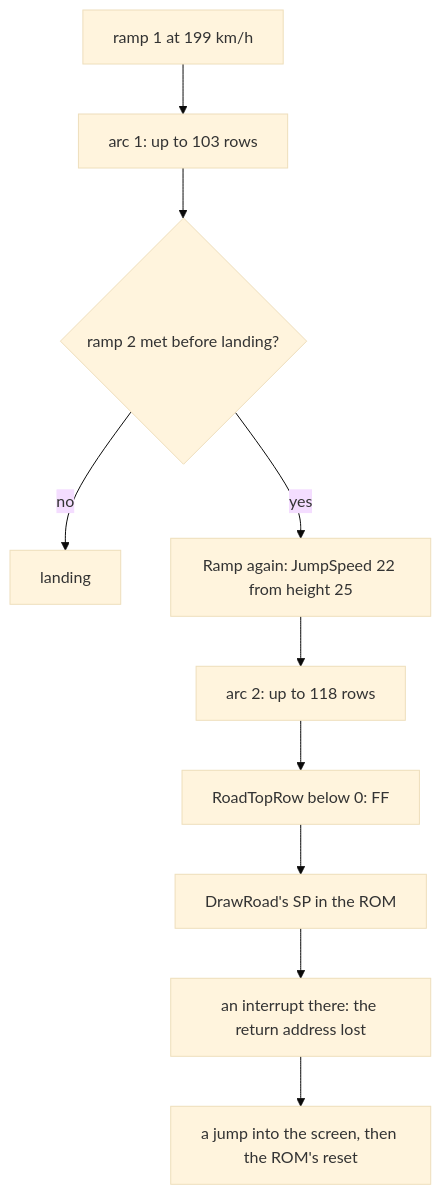
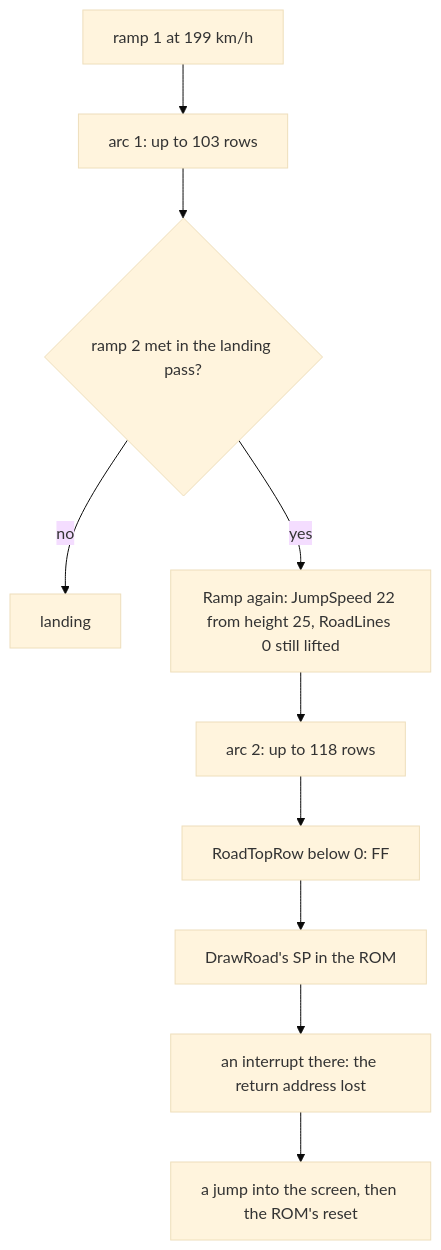
Before and after one commit to alfishe/unrealng-reverse-cases: diagram 13 of 14 in games/enduro-racer/docs/10-gameplay-logic.md, drawn with Mermaid (base theme). The commit also changed other lines of this file and 29 other files, not shown here.

````diff
--- a/games/enduro-racer/docs/10-gameplay-logic.md
+++ b/games/enduro-racer/docs/10-gameplay-logic.md
@@ -1508,12 +1524,12 @@
 ```mermaid
 flowchart TD
     A["ramp 1 at 199 km/h"] --> B["arc 1: up to 103 rows"]
-    B --> C{"ramp 2 met before landing?"}
+    B --> C{"ramp 2 met in the landing pass?"}
     C -- no --> D["landing"]
-    C -- yes --> E["Ramp again: JumpSpeed 22 from height 25"]
+    C -- yes --> E["Ramp again: JumpSpeed 22 from height 25, RoadLines 0 still lifted"]
     E --> F["arc 2: up to 118 rows"]
     F --> G["RoadTopRow below 0: FF"]
     G --> H["DrawRoad's SP in the ROM"]
     H --> I["an interrupt there: the return address lost"]
     I --> J["a jump into the screen, then the ROM's reset"]
 ```
````
